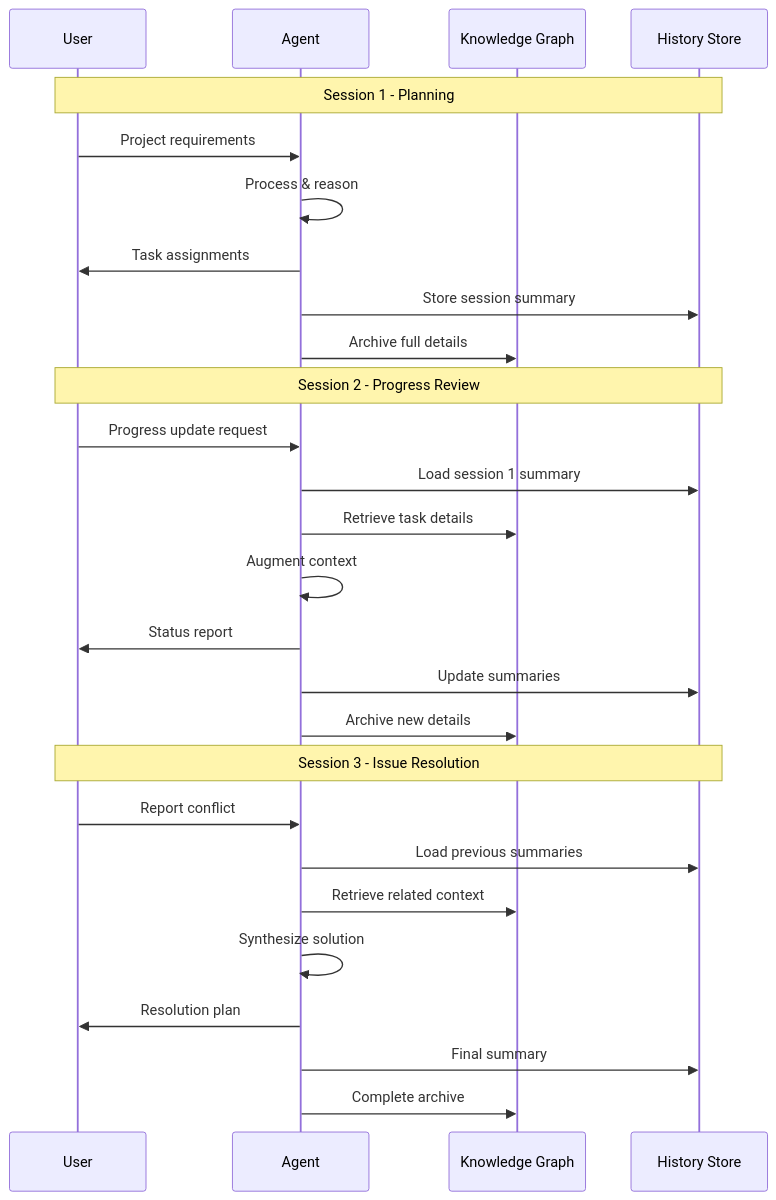
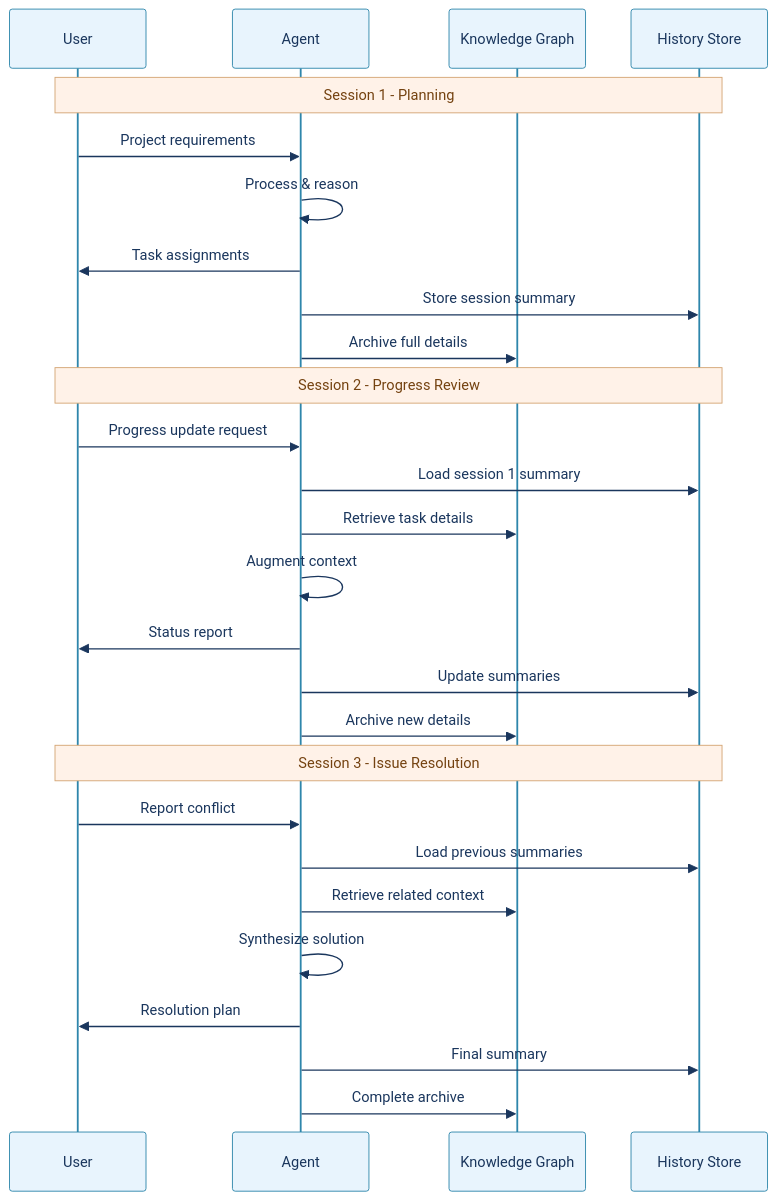
One commit to raphaelmansuy/digital_palace changed the tenth of 17 diagrams in reference/technical-articles/2025-06-29-context-management-llm-agents.md. Above: the diagram before and after it, drawn with Mermaid. The commit also changed other lines of this file, not shown here.

Commit message:
feat: enhance flowchart styles for improved visual clarity and consistency

````diff
--- a/reference/technical-articles/2025-06-29-context-management-llm-agents.md
+++ b/reference/technical-articles/2025-06-29-context-management-llm-agents.md
@@ -355,32 +397,34 @@
 ```mermaid
 sequenceDiagram
     participant U as User
     participant A as Agent
     participant KG as Knowledge Graph
     participant HS as History Store
     
     Note over U,HS: Session 1 - Planning
     U->>A: Project requirements
     A->>A: Process & reason
     A->>U: Task assignments
     A->>HS: Store session summary
     A->>KG: Archive full details
     
     Note over U,HS: Session 2 - Progress Review
     U->>A: Progress update request
     A->>HS: Load session 1 summary
     A->>KG: Retrieve task details
     A->>A: Augment context
     A->>U: Status report
     A->>HS: Update summaries
     A->>KG: Archive new details
     
     Note over U,HS: Session 3 - Issue Resolution
     U->>A: Report conflict
     A->>HS: Load previous summaries
     A->>KG: Retrieve related context
     A->>A: Synthesize solution
     A->>U: Resolution plan
     A->>HS: Final summary
     A->>KG: Complete archive
+    
+    %%{init: {'theme': 'base', 'themeVariables': {'primaryColor': '#E8F4FD', 'primaryTextColor': '#1A365D', 'primaryBorderColor': '#2E86AB', 'lineColor': '#2E86AB', 'secondaryColor': '#F0F9E8', 'tertiaryColor': '#FFF8E1', 'background': '#FFFFFF', 'actorBorder': '#2E86AB', 'actorBkg': '#E8F4FD', 'actorTextColor': '#1A365D', 'noteBkgColor': '#FFF2E8', 'noteTextColor': '#744210', 'noteBorderColor': '#D4A574'}}}%%
 ```
````
